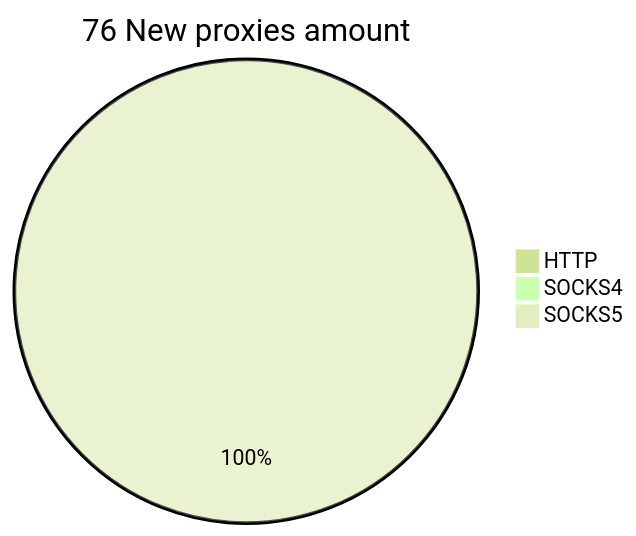
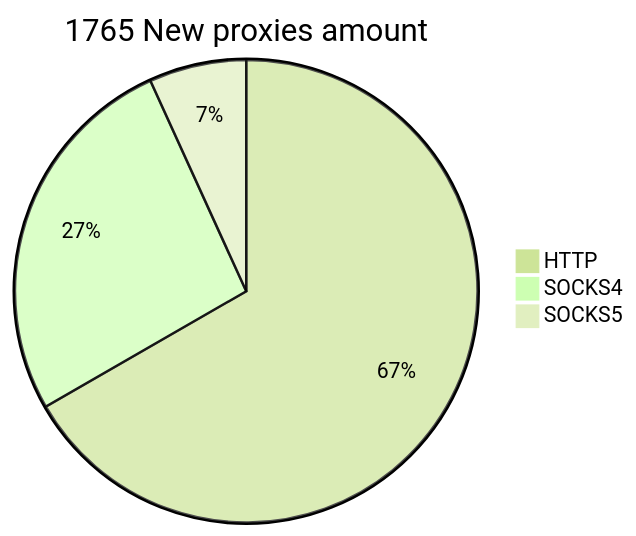
One commit to cutipu/proxylist changed the second of 2 diagrams in README.md. Above: the diagram before and after it, drawn with Mermaid (forest theme). The commit also changed other lines of this file, not shown here.

````diff
--- a/README.md
+++ b/README.md
@@ -10,6 +10,6 @@
 ```mermaid
-pie title 76 New proxies amount
-    "HTTP" : 0
-    "SOCKS4" : 0
-    "SOCKS5" : 76
+pie title 1765 New proxies amount
+    "HTTP" : 1177
+    "SOCKS4" : 468
+    "SOCKS5" : 120
 ```
````
